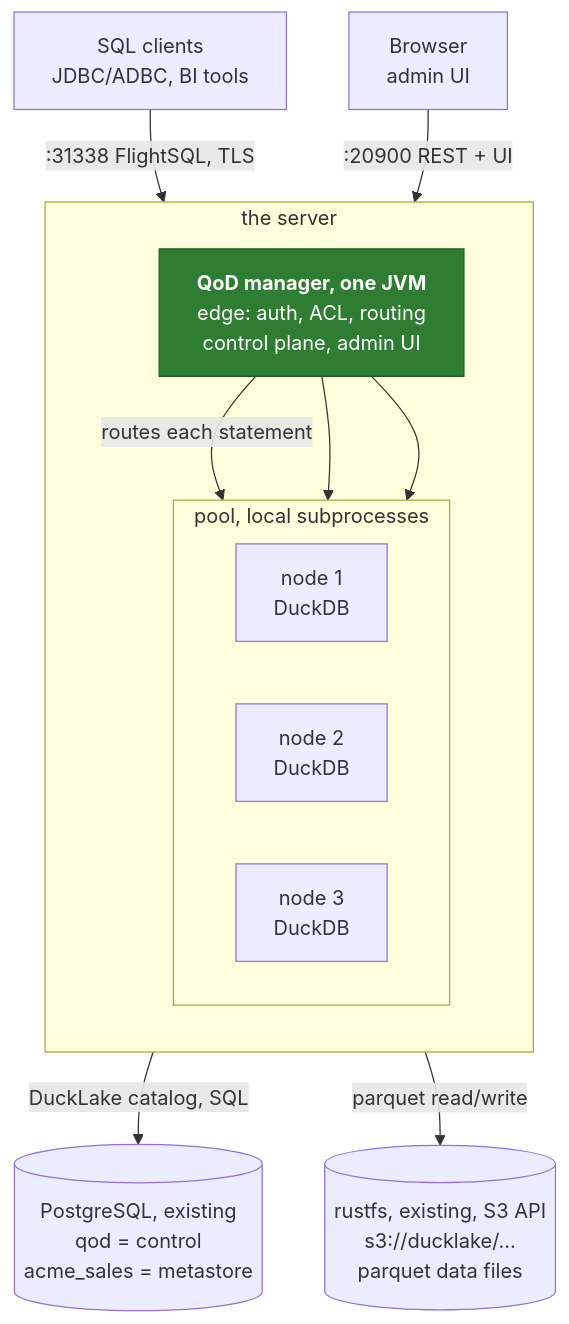
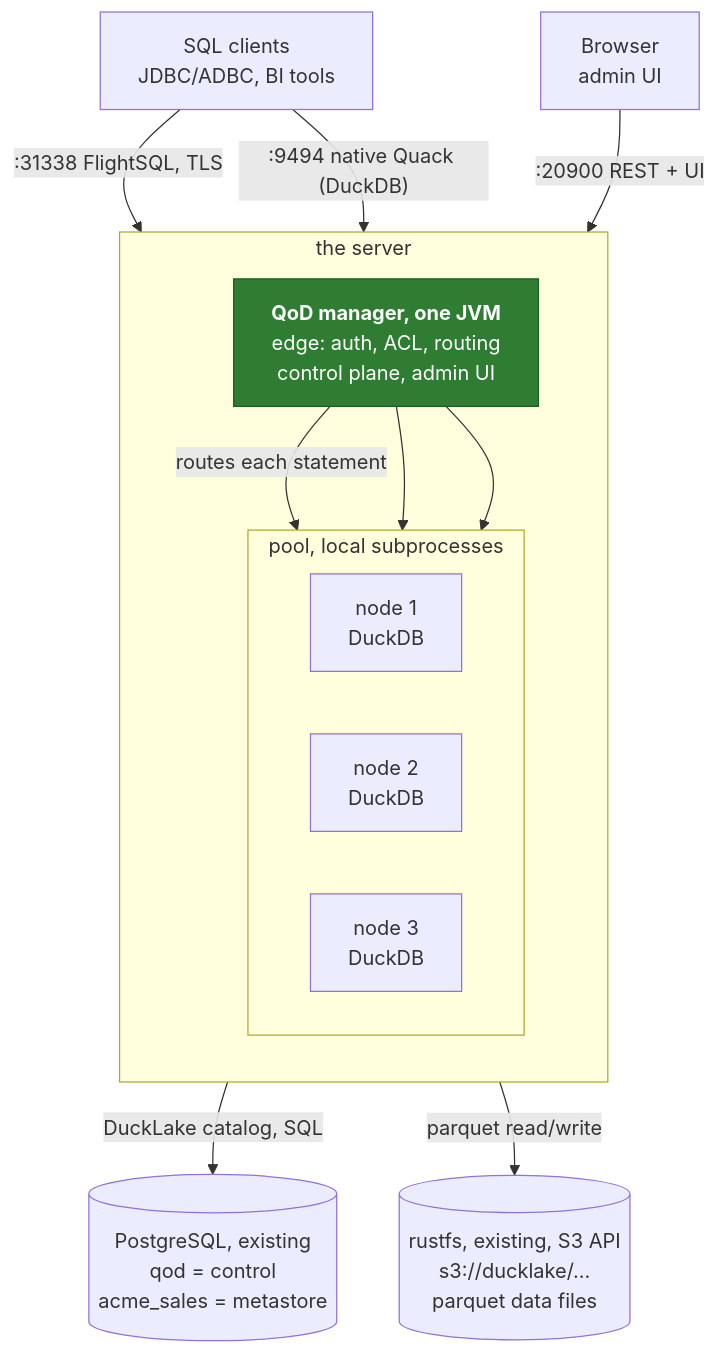
The first of 6 diagrams in qod/operating/deploy-single-server.md (starlake-ai/starlake-docs), drawn with Mermaid before and after one commit. The commit also changed other lines of this file and 12 other files, not shown here.

First line of the commit message:
docs(qod): native Quack protocol front door (Epic 5)

````diff
--- a/qod/operating/deploy-single-server.md
+++ b/qod/operating/deploy-single-server.md
@@ -26,25 +26,26 @@
 ```mermaid
 graph TD
   clients["SQL clients<br/>JDBC/ADBC, BI tools"]
   browser["Browser<br/>admin UI"]
   subgraph server["the server"]
     direction TB
     manager["<b>QoD manager, one JVM</b><br/>edge: auth, ACL, routing<br/>control plane, admin UI"]
     subgraph pool["pool, local subprocesses"]
       direction LR
       n1["node 1<br/>DuckDB"]
       n2["node 2<br/>DuckDB"]
       n3["node 3<br/>DuckDB"]
     end
     manager -->|"routes each statement"| n1
     manager --> n2
     manager --> n3
   end
   pg[("PostgreSQL, existing<br/>qod = control<br/>acme_sales = metastore")]
   s3[("rustfs, existing, S3 API<br/>s3://ducklake/...<br/>parquet data files")]
   clients -->|":31338 FlightSQL, TLS"| manager
+  clients -->|":9494 native Quack (DuckDB)"| manager
   browser -->|":20900 REST + UI"| manager
   pool -->|"DuckLake catalog, SQL"| pg
   pool -->|"parquet read/write"| s3
   style manager fill:#2e7d32,stroke:#1b5e20,color:#fff
 ```
````
